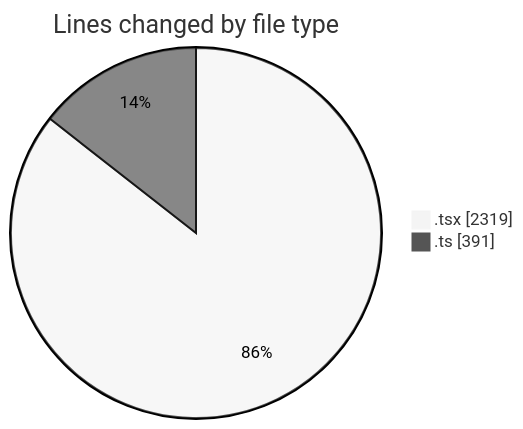
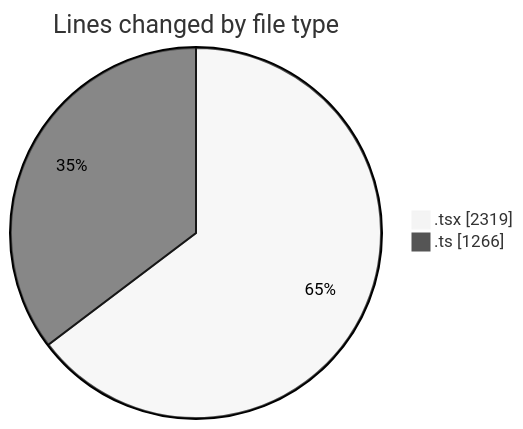
The first of 2 diagrams in 2026-05-17/nxtqube_webapp/README.md (nxtqubesakshisongat/code-tracking), drawn with Mermaid (neutral theme) before and after one commit. The commit also changed other lines of this file and 1 other file, not shown here.

````diff
--- a/2026-05-17/nxtqube_webapp/README.md
+++ b/2026-05-17/nxtqube_webapp/README.md
@@ -23,6 +24,6 @@
 ```mermaid
 pie showData
 title Lines changed by file type
 ".tsx" : 2319
-".ts" : 391
+".ts" : 1266
 ```
````
